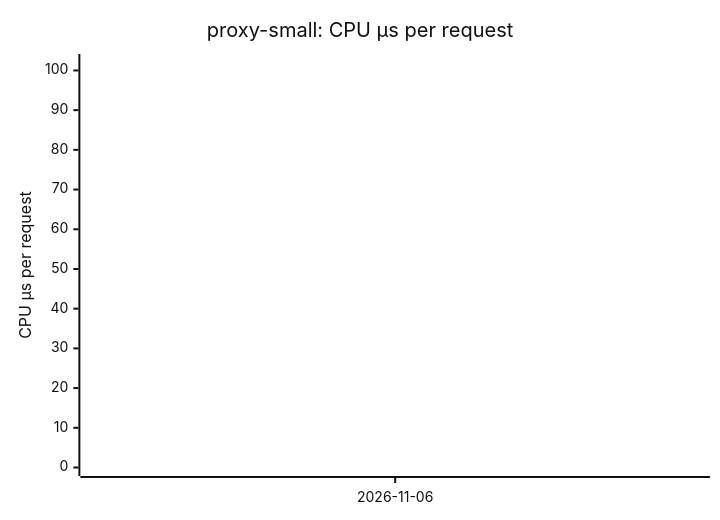
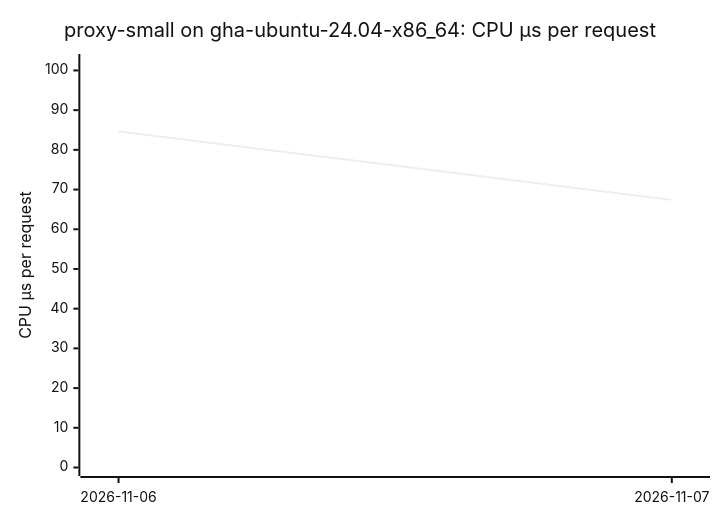
One commit to ThePixelPilgrim/durchlauferhitzer changed the fourth of 14 diagrams in BENCHMARKS.md. Above: the diagram before and after it, drawn with Mermaid (neutral theme). The commit also changed other lines of this file and 1 other file, not shown here.

````diff
--- a/BENCHMARKS.md
+++ b/BENCHMARKS.md
@@ -53,7 +54,7 @@
 ```mermaid
 xychart-beta
-  title "proxy-small: CPU µs per request"
-  x-axis ["2026-11-06"]
+  title "proxy-small on gha-ubuntu-24.04-x86_64: CPU µs per request"
+  x-axis ["2026-11-06", "2026-11-07"]
   y-axis "CPU µs per request" 0 --> 102
-  line [84.61]
+  line [84.61, 67.40]
 ```
````
